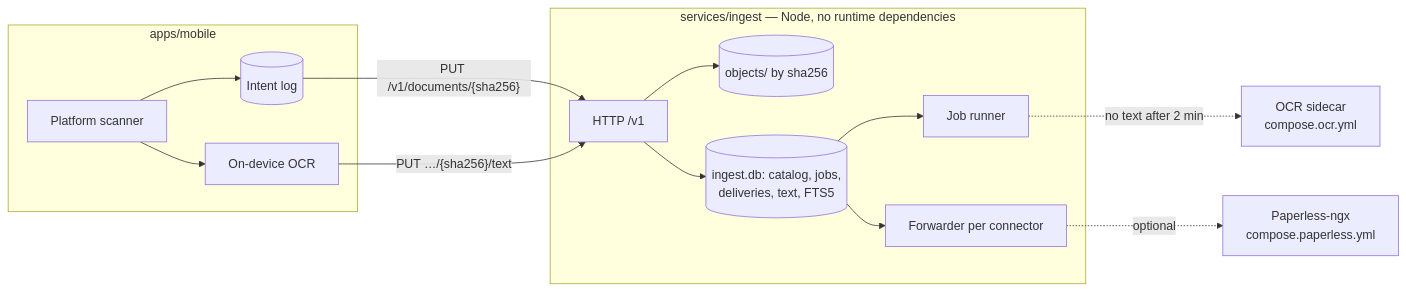
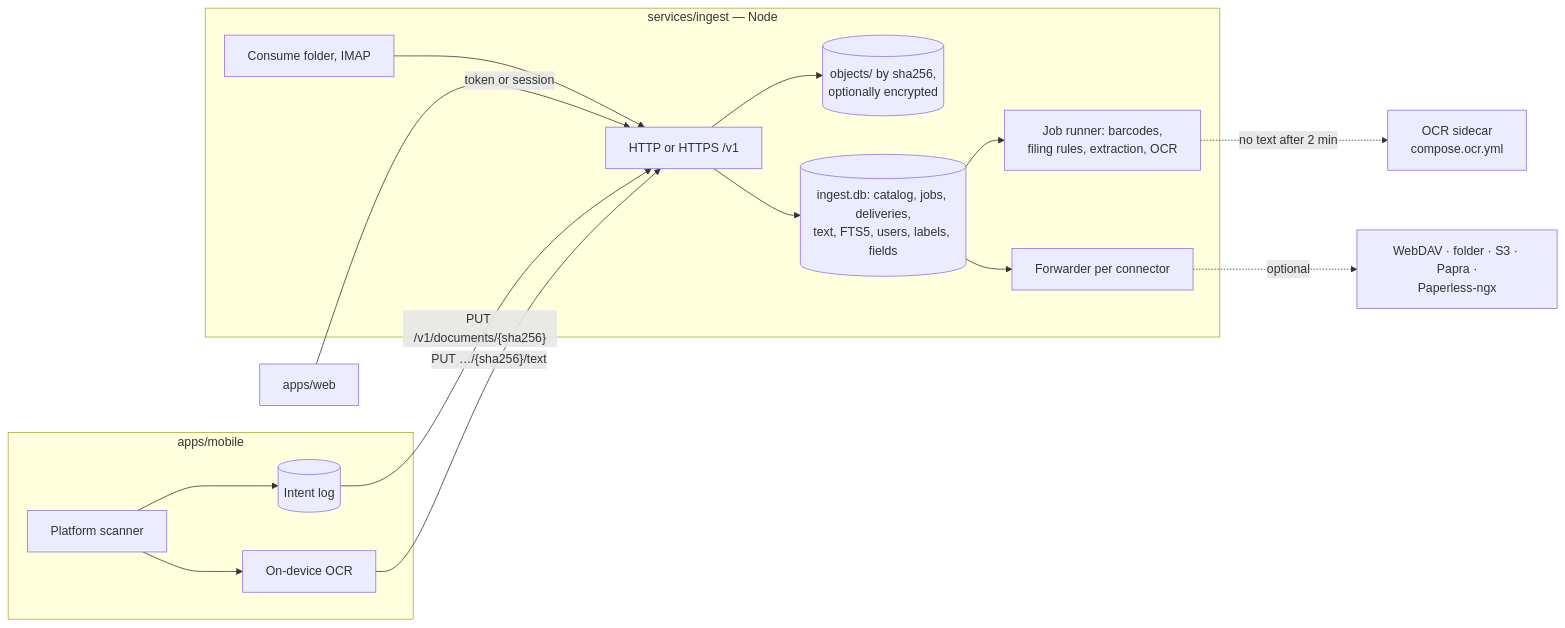
The diagram in ARCHITECTURE.md (amanuelmr/sheaf), drawn with Mermaid before and after one commit. The commit also changed other lines of this file and 1 other file, not shown here.

Commit message:
Bring the README and architecture up to date: test counts, what each part does and how it is checked, the copy targets, and where documents can leave the server. Both now say the phone does not check the certificate pin yet.

````diff
--- a/ARCHITECTURE.md
+++ b/ARCHITECTURE.md
@@ -9,17 +9,19 @@
 ```mermaid
 flowchart LR
   subgraph Phone["apps/mobile"]
     CAM[Platform scanner] --> LOG[(Intent log)]
     CAM --> EOCR[On-device OCR]
   end
-  subgraph Server["services/ingest — Node, no runtime dependencies"]
-    API[HTTP /v1] --> BLOB[(objects/ by sha256)]
-    API --> DB[(ingest.db: catalog, jobs,<br/>deliveries, text, FTS5)]
-    DB --> JOBS[Job runner]
+  subgraph Server["services/ingest — Node"]
+    API[HTTP or HTTPS /v1] --> BLOB[(objects/ by sha256,<br/>optionally encrypted)]
+    API --> DB[(ingest.db: catalog, jobs, deliveries,<br/>text, FTS5, users, labels, fields)]
+    DB --> JOBS[Job runner: barcodes,<br/>filing rules, extraction, OCR]
     DB --> FWD[Forwarder per connector]
+    IN[Consume folder, IMAP] --> API
   end
+  WEB[apps/web] -- "token or session" --> API
   LOG -- "PUT /v1/documents/{sha256}" --> API
   EOCR -- "PUT …/{sha256}/text" --> API
   JOBS -. "no text after 2 min" .-> OCR[OCR sidecar<br/>compose.ocr.yml]
-  FWD -. optional .-> PL[Paperless-ngx<br/>compose.paperless.yml]
+  FWD -. optional .-> DEST[WebDAV · folder · S3 · Papra ·<br/>Paperless-ngx]
 ```
````
